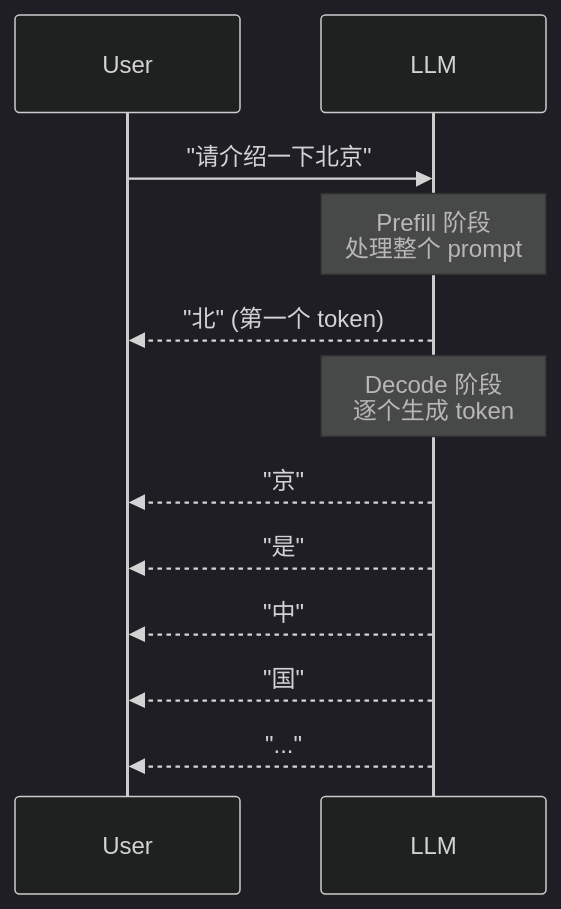
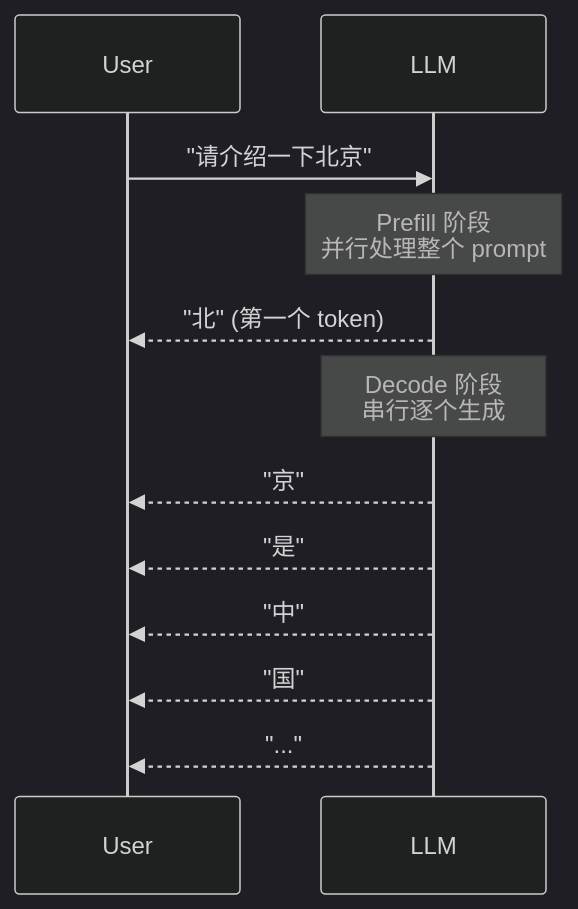
Before and after one commit to Xunzhuo/mini-sglang: the second of 8 diagrams in learning/website/docs/basics/14-inference-process.md, drawn with Mermaid (dark theme). The commit also changed other lines of this file and 23 other files, not shown here.

````diff
--- a/learning/website/docs/basics/14-inference-process.md
+++ b/learning/website/docs/basics/14-inference-process.md
@@ -43,15 +29,15 @@
 ```mermaid
 sequenceDiagram
     participant User
     participant LLM
     
     User->>LLM: "请介绍一下北京"
-    Note over LLM: Prefill 阶段<br/>处理整个 prompt
+    Note over LLM: Prefill 阶段<br/>并行处理整个 prompt
     LLM-->>User: "北" (第一个 token)
-    Note over LLM: Decode 阶段<br/>逐个生成 token
+    Note over LLM: Decode 阶段<br/>串行逐个生成
     LLM-->>User: "京"
     LLM-->>User: "是"
     LLM-->>User: "中"
     LLM-->>User: "国"
     LLM-->>User: "..."
 ```
````
